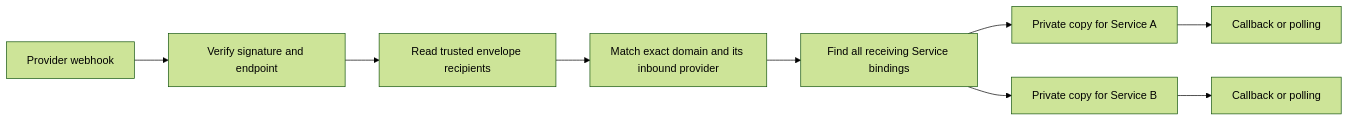
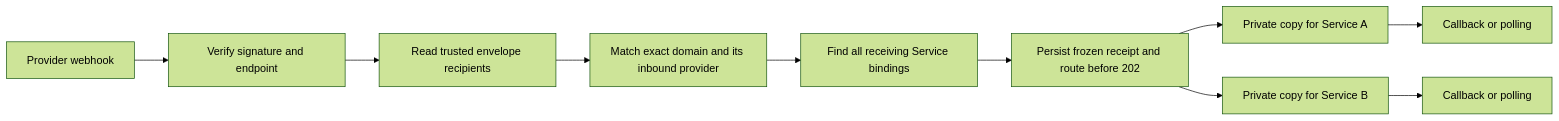
One commit to realzolo/envoy changed the first of 2 diagrams in docs/ARCHITECTURE.md. Above: the diagram before and after it, drawn with Mermaid (forest theme). The commit also changed other lines of this file and 59 other files, not shown here.

First line of the commit message:
feat(inbound): Route inbound mail by service permissions

````diff
--- a/docs/ARCHITECTURE.md
+++ b/docs/ARCHITECTURE.md
@@ -42,11 +42,12 @@
 ```mermaid
 flowchart LR
   P[Provider webhook] --> V[Verify signature and endpoint]
   V --> E[Read trusted envelope recipients]
   E --> D[Match exact domain and its inbound provider]
   D --> B[Find all receiving Service bindings]
-  B --> S1[Private copy for Service A]
-  B --> S2[Private copy for Service B]
+  B --> R[Persist frozen receipt and route before 202]
+  R --> S1[Private copy for Service A]
+  R --> S2[Private copy for Service B]
   S1 --> N1[Callback or polling]
   S2 --> N2[Callback or polling]
 ```
````
